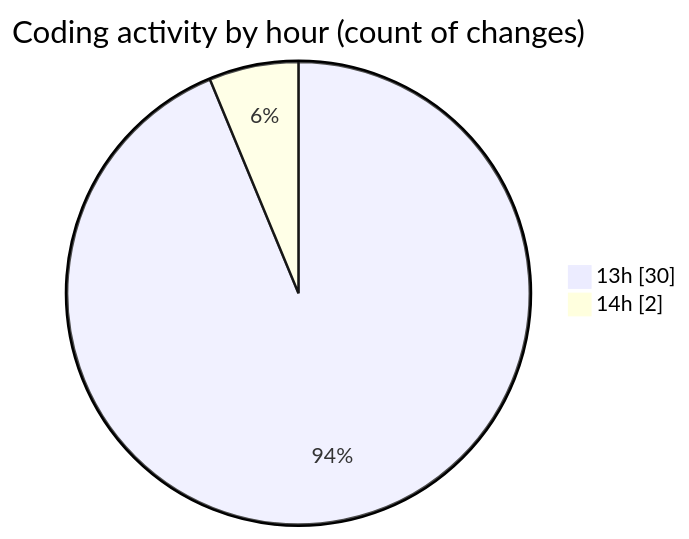
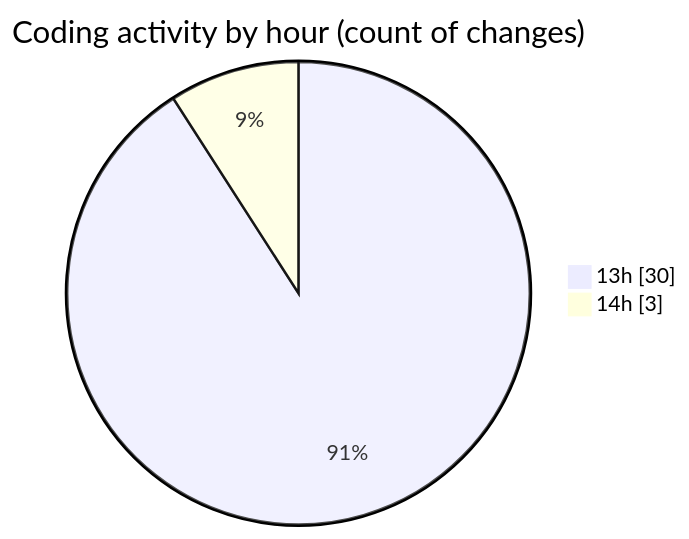
One commit to robertbonfada/code-tracking changed the second of 2 diagrams in 2025-01-14/mbc-web/README.md. Above: the diagram before and after it, drawn with Mermaid. The commit also changed other lines of this file and 1 other file, not shown here.

````diff
--- a/2025-01-14/mbc-web/README.md
+++ b/2025-01-14/mbc-web/README.md
@@ -45,6 +46,6 @@
 ```mermaid
 pie showData
 title Coding activity by hour (count of changes)
 "13h" : 30
-"14h" : 2
+"14h" : 3
 ```
````
